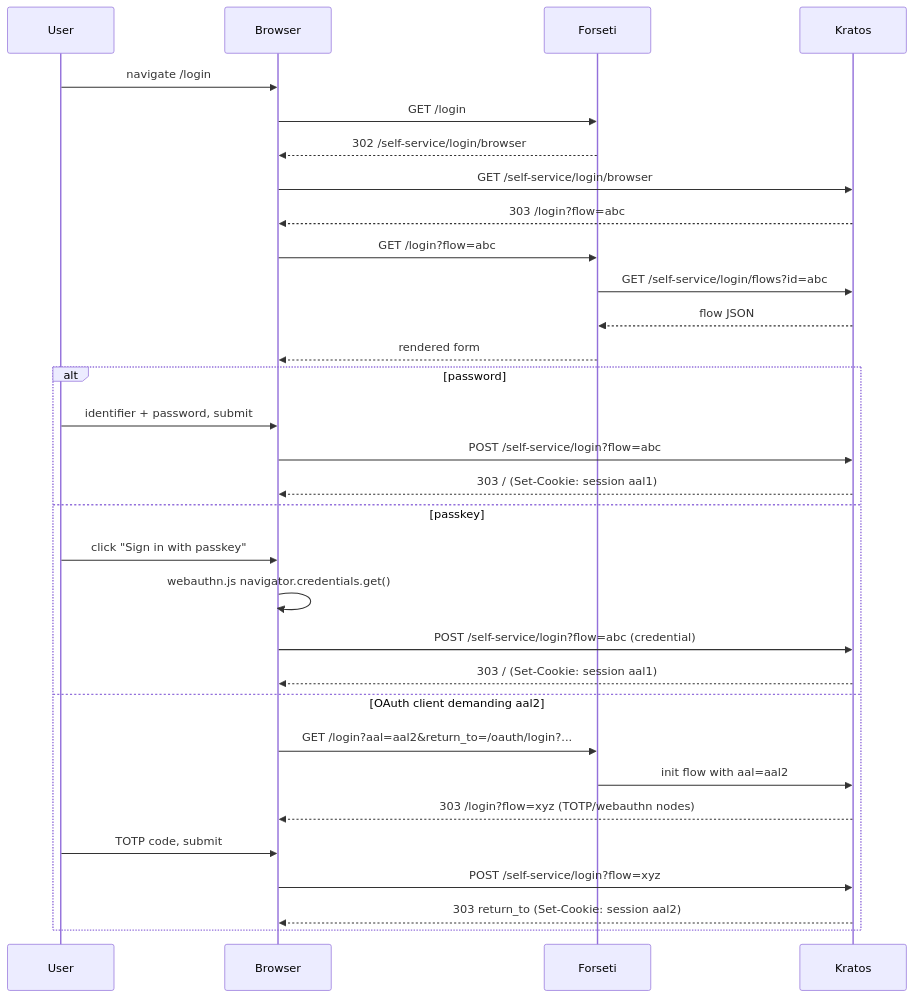
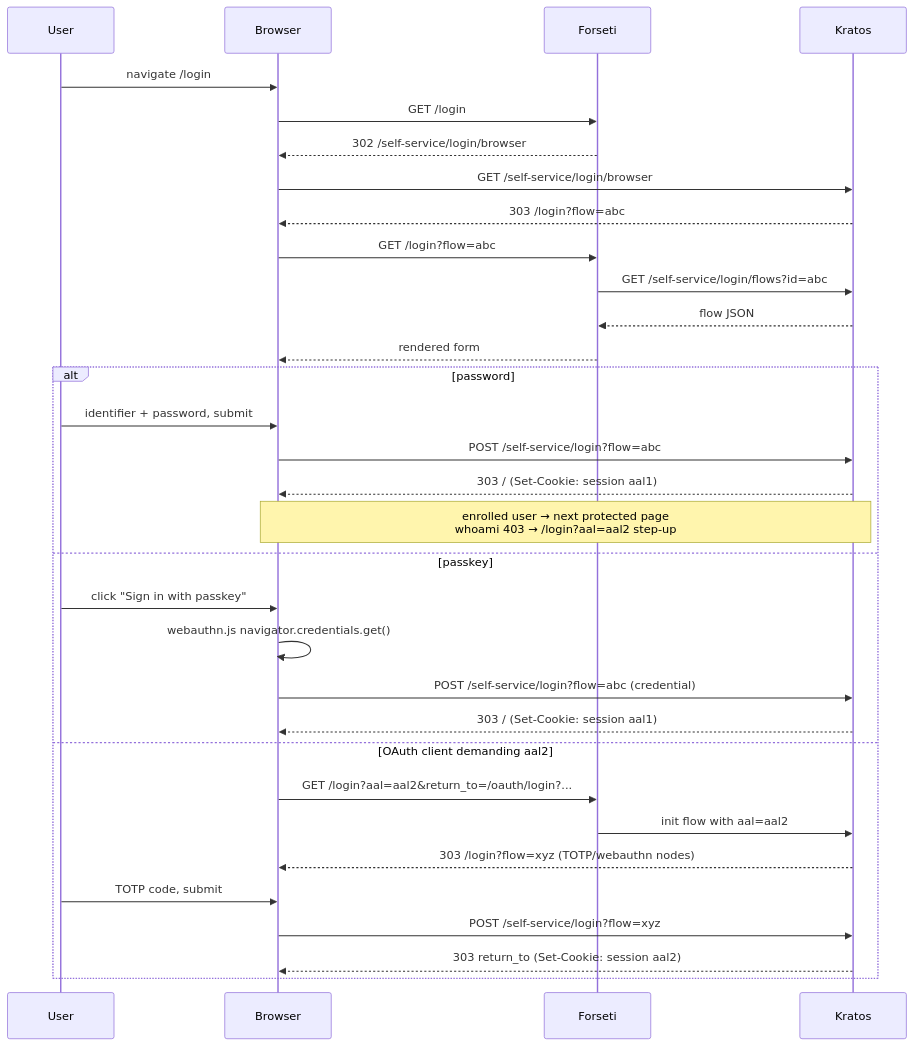
Before and after one commit to franzos/forseti: the second of 19 diagrams in docs/dev/flows.md, drawn with Mermaid. The commit also changed other lines of this file and 20 other files, not shown here.

Commit message:
feat: enforce 2FA at login via Kratos AAL2, plus a config-check/init CLI

````diff
--- a/docs/dev/flows.md
+++ b/docs/dev/flows.md
@@ -117,35 +127,36 @@
 ```mermaid
 sequenceDiagram
     participant U as User
     participant B as Browser
     participant P as Forseti
     participant K as Kratos
 
     U->>B: navigate /login
     B->>P: GET /login
     P-->>B: 302 /self-service/login/browser
     B->>K: GET /self-service/login/browser
     K-->>B: 303 /login?flow=abc
     B->>P: GET /login?flow=abc
     P->>K: GET /self-service/login/flows?id=abc
     K-->>P: flow JSON
     P-->>B: rendered form
 
     alt password
         U->>B: identifier + password, submit
         B->>K: POST /self-service/login?flow=abc
         K-->>B: 303 / (Set-Cookie: session aal1)
+        Note over B,K: enrolled user → next protected page<br/>whoami 403 → /login?aal=aal2 step-up
     else passkey
         U->>B: click "Sign in with passkey"
         B->>B: webauthn.js navigator.credentials.get()
         B->>K: POST /self-service/login?flow=abc (credential)
         K-->>B: 303 / (Set-Cookie: session aal1)
     else OAuth client demanding aal2
         B->>P: GET /login?aal=aal2&return_to=/oauth/login?...
         P->>K: init flow with aal=aal2
         K-->>B: 303 /login?flow=xyz (TOTP/webauthn nodes)
         U->>B: TOTP code, submit
         B->>K: POST /self-service/login?flow=xyz
         K-->>B: 303 return_to (Set-Cookie: session aal2)
     end
 ```
````
